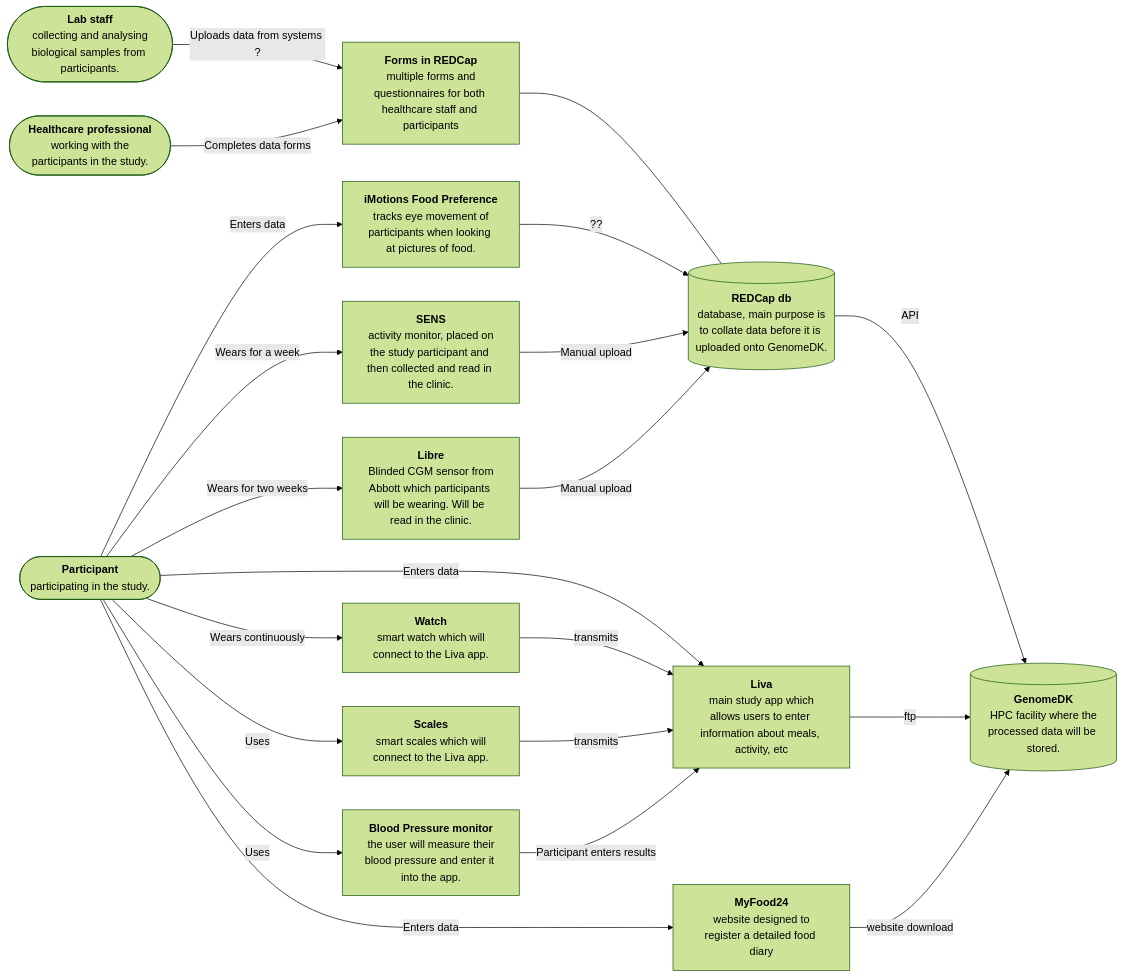
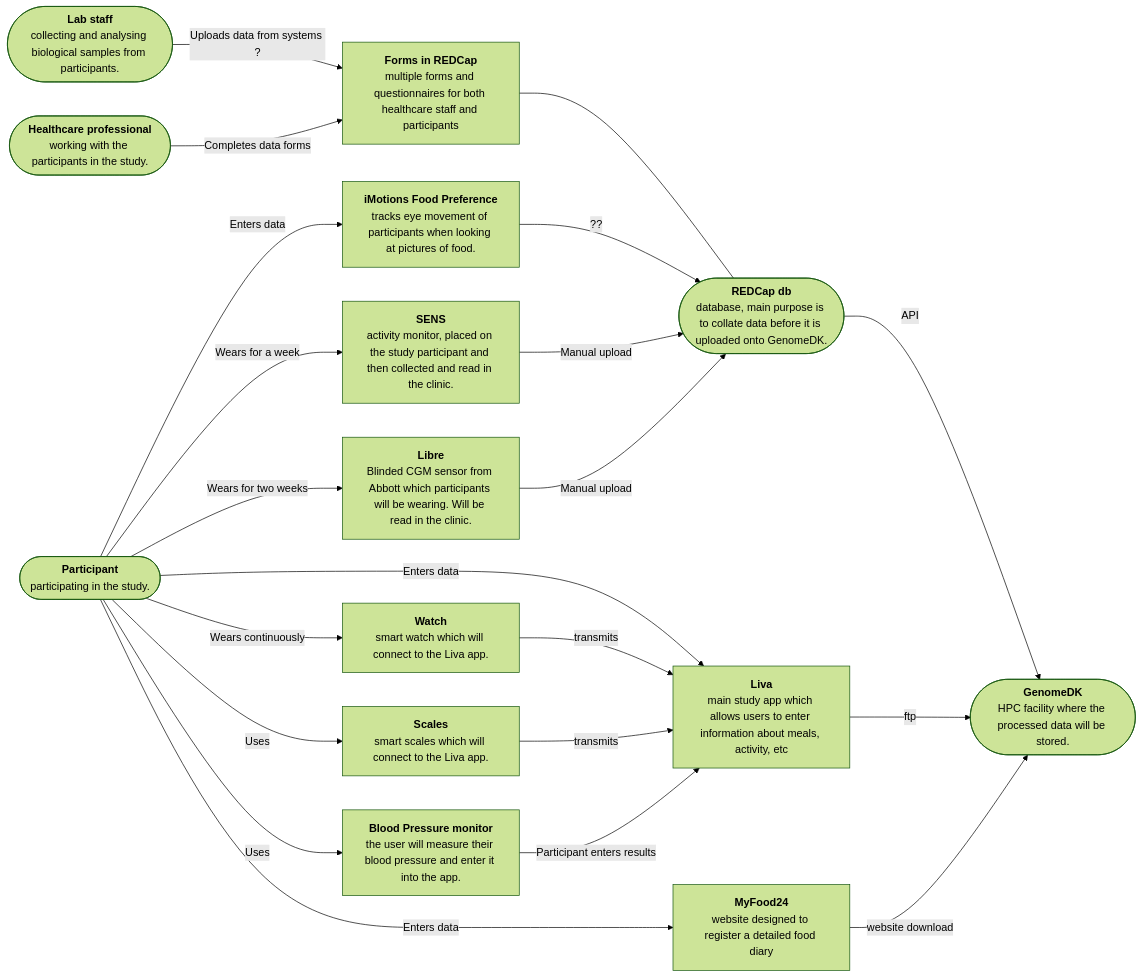
One commit to onlimit-study/dmp changed the diagram in sections/collection.qmd. Above: the diagram before and after it, drawn with Mermaid (forest theme). The commit also changed other lines of this file, not shown here.

````diff
--- a/sections/collection.qmd
+++ b/sections/collection.qmd
@@ -98,48 +99,48 @@
 ```{mermaid}
 %%| label: fig-c4-context
 %%| fig-cap: "Data flow in the ON LiMiT study, who generates data, where is does it enter, and how is it transmitted to storage."
 %%| column: page-right
 flowchart LR
 
-Lab(["<b>Lab staff</b><br> collecting and analysing biological samples from participants."])
-HP(["<b>Healthcare professional</b><br> working with the participants in the study."])
-Pt(["<b>Participant</b><br> participating in the study."])
-Red[("<b>REDCap db</b><br> database, main purpose is to collate data before it is uploaded onto GenomeDK.")]
-Genome[("<b>GenomeDK</b><br> HPC facility where the processed data will be stored. ")]
+Lab(["<b>Lab staff</b><br>collecting and analysing biological samples from participants."])
+HP(["<b>Healthcare professional</b><br>working with the participants in the study."])
+Pt(["<b>Participant</b><br>participating in the study."])
+Red(["<b>REDCap db</b><br>database, main purpose is to collate data before it is uploaded onto GenomeDK."])
+Genome(["<b>GenomeDK</b><br>HPC facility where the processed data will be stored. "])
 
-Forms["<b>Forms in REDCap</b><br> multiple forms and questionnaires for both healthcare staff and participants"]
-Liva["<b>Liva</b><br> main study app which allows users to enter information about meals, activity, etc"]
-MyF["<b>MyFood24</b><br> website designed to register a detailed food diary"]
-iMo["<b>iMotions Food Preference</b><br> tracks eye movement of participants when looking at pictures of food."]
-Sen["<b>SENS</b><br> activity monitor, placed on the study participant and then collected and read in the clinic."]
-Lib["<b>Libre</b><br> Blinded CGM sensor from Abbott which participants will be wearing. Will be read in the clinic."]
-Watch["<b>Watch</b><br> smart watch which will connect to the Liva app."]
-Scales["<b>Scales</b><br> smart scales which will connect to the Liva app."]
-BP["<b>Blood Pressure monitor</b><br> the user will measure their blood pressure and enter it into the app."]
-%%MBox["<b>Meal Boxes</b><br> contains recipes and ingredients for two meals a day."]
+Forms["<b>Forms in REDCap</b><br>multiple forms and questionnaires for both healthcare staff and participants"]
+Liva["<b>Liva</b><br>main study app which allows users to enter information about meals, activity, etc"]
+MyF["<b>MyFood24</b><br>website designed to register a detailed food diary"]
+iMo["<b>iMotions Food Preference</b><br>tracks eye movement of participants when looking at pictures of food."]
+Sen["<b>SENS</b><br>activity monitor, placed on the study participant and then collected and read in the clinic."]
+Lib["<b>Libre</b><br>Blinded CGM sensor from Abbott which participants will be wearing. Will be read in the clinic."]
+Watch["<b>Watch</b><br>smart watch which will connect to the Liva app."]
+Scales["<b>Scales</b><br>smart scales which will connect to the Liva app."]
+BP["<b>Blood Pressure monitor</b><br>the user will measure their blood pressure and enter it into the app."]
+%%MBox["<b>Meal Boxes</b><br>contains recipes and ingredients for two meals a day."]
 
 Lab -->|Uploads data from systems ?| Forms
 HP --> |Completes data forms| Forms
 Forms --- Red
 Red -->|API| Genome
 
 Pt -->|Enters data| Liva
 Pt -->|Enters data| MyF
 Pt -->|Enters data| iMo
 Pt -->|Wears for a week| Sen
 Pt -->|Wears for two weeks| Lib
 Pt -->|Wears continuously| Watch
 Pt --> |Uses| Scales
 Pt --> |Uses|BP
 %%Pt --> |Chooses| MBox
 
 iMo --> |??| Red
 Sen -->|Manual upload| Red
 Lib -->|Manual upload| Red
 Watch -->|transmits| Liva
 Scales -->|transmits| Liva
 BP -->|Participant enters results| Liva
 Liva --> |ftp| Genome
 MyF --> |website download| Genome
 %%MBox --> |?? may also be to RedCap| Genome
 ```
````
